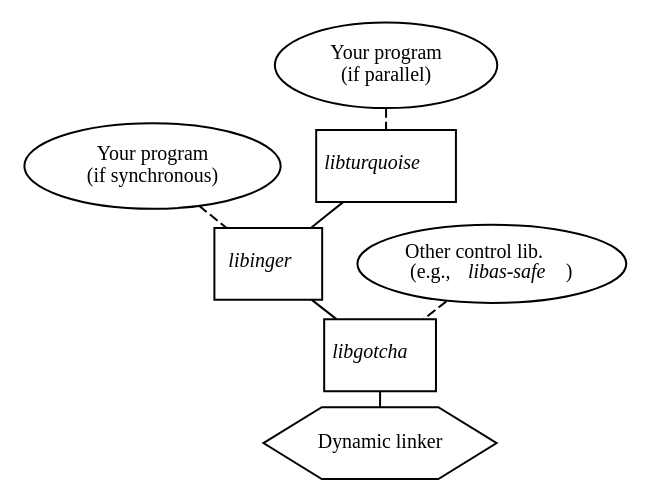
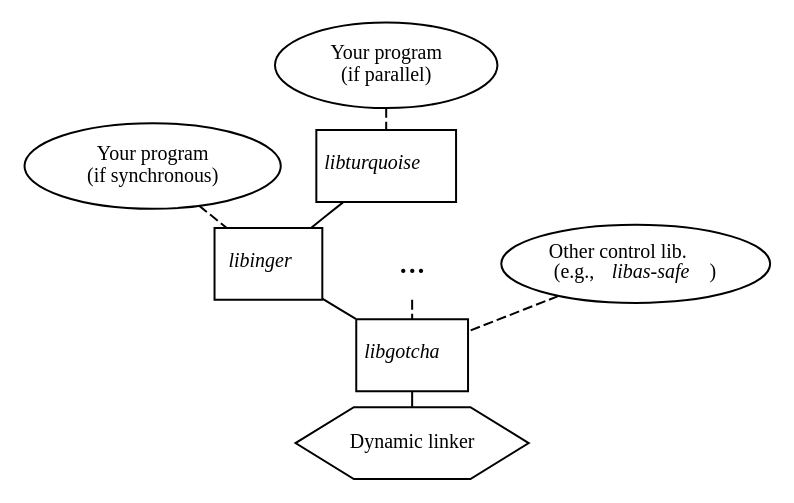
Before and after one commit to solb/thesis: the diagram in figs/architecture.dot, drawn with Graphviz.

Commit message:
figs/architecture.dot: Add an elipse to try to make it clearer that others might use libgotcha

```diff
--- a/figs/architecture.dot
+++ b/figs/architecture.dot
@@ -1,36 +1,38 @@
 strict graph {
 	margin=0;
 	ranksep=0;
 
 	node [fontsize=10,margin=0.05];
 
 	{
 		node [shape=oval];
 
 		serialclient [label="Your program\n(if synchronous)"];
 		parallelclient [label="Your program\n(if parallel)"];
+		elipsis [shape=none,label="...",fontsize=18];
 		libassafe [label=<Other control lib.<br/>(e.g., <i>libas-safe</i>)>];
 	}
 
 	{
 		node [shape=box];
 
 		libturquoise [label=<<i>libturquoise</i>>];
 		libinger [label=<<i>libinger</i>>];
 		libgotcha [label=<<i>libgotcha</i>>];
 	}
 
 	rtld [shape=hexagon,label="Dynamic linker"];
 
 	libturquoise -- libinger;
 	libinger -- libgotcha;
 	libgotcha -- rtld;
 
 	{
 		edge [style=dashed];
 
 		serialclient -- libinger;
 		parallelclient -- libturquoise;
+		elipsis -- libgotcha;
 		libassafe -- libgotcha;
 	}
 }
```
